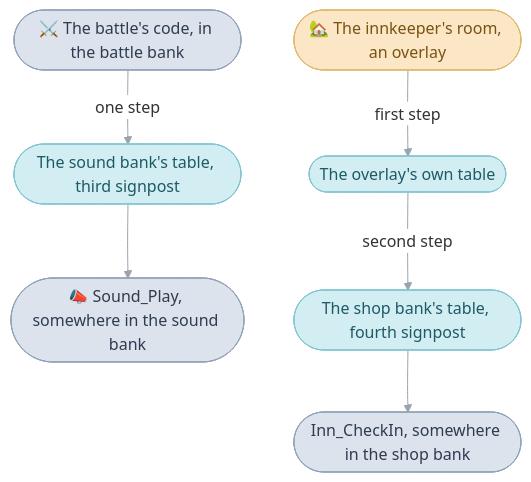
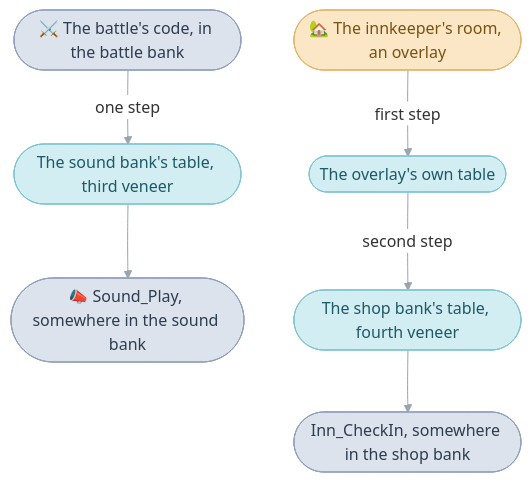
Before and after one commit to PascalPixel/alchemy: the fifth of 5 diagrams in games/tbs/src/gamepak/README.md, drawn with Mermaid. The commit also changed other lines of this file and 20 other files, not shown here.

````diff
--- a/games/tbs/src/gamepak/README.md
+++ b/games/tbs/src/gamepak/README.md
@@ -407,15 +406,15 @@
 ```mermaid
 %%{init: {"theme": "base", "themeVariables": {"lineColor": "#9AA3AE", "edgeLabelBackground": "#FFFFFF"}, "flowchart": {"curve": "basis", "padding": 12}}}%%
 flowchart TD
-  battle(["⚔️ The battle's code, in the battle bank"]) -- "one step" --> soundrow(["The sound bank's table, third signpost"])
+  battle(["⚔️ The battle's code, in the battle bank"]) -- "one step" --> soundrow(["The sound bank's table, third veneer"])
   soundrow --> sound(["📣 Sound_Play, somewhere in the sound bank"])
   inn(["🏡 The innkeeper's room, an overlay"]) -- "first step" --> import(["The overlay's own table"])
-  import -- "second step" --> shoprow(["The shop bank's table, fourth signpost"])
+  import -- "second step" --> shoprow(["The shop bank's table, fourth veneer"])
   shoprow --> checkin(["Inn_CheckIn, somewhere in the shop bank"])
   classDef image fill:#DDE3EC,stroke:#8FA0B8,color:#2E3C50
   classDef table fill:#D2EEF3,stroke:#7FC3D0,color:#1E5966
   classDef hardware fill:#FBE7C6,stroke:#E0B46A,color:#7A5212
   class battle,sound,checkin image
   class soundrow,shoprow,import table
   class inn hardware
 ```
````
